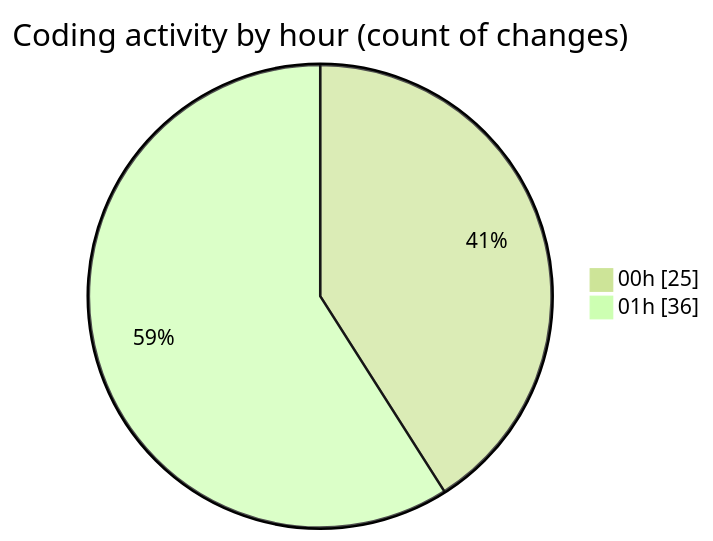
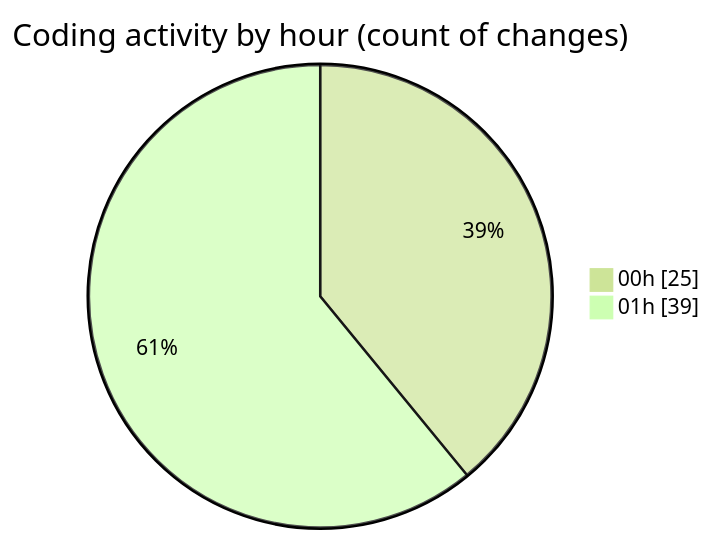
Before and after one commit to lephambinh05/code-tracking: the second of 2 diagrams in 2025-07-14/rentotp/README.md, drawn with Mermaid (forest theme). The commit also changed other lines of this file and 1 other file, not shown here.

````diff
--- a/2025-07-14/rentotp/README.md
+++ b/2025-07-14/rentotp/README.md
@@ -53,6 +53,6 @@
 ```mermaid
 pie showData
 title Coding activity by hour (count of changes)
 "00h" : 25
-"01h" : 36
+"01h" : 39
 ```
````
